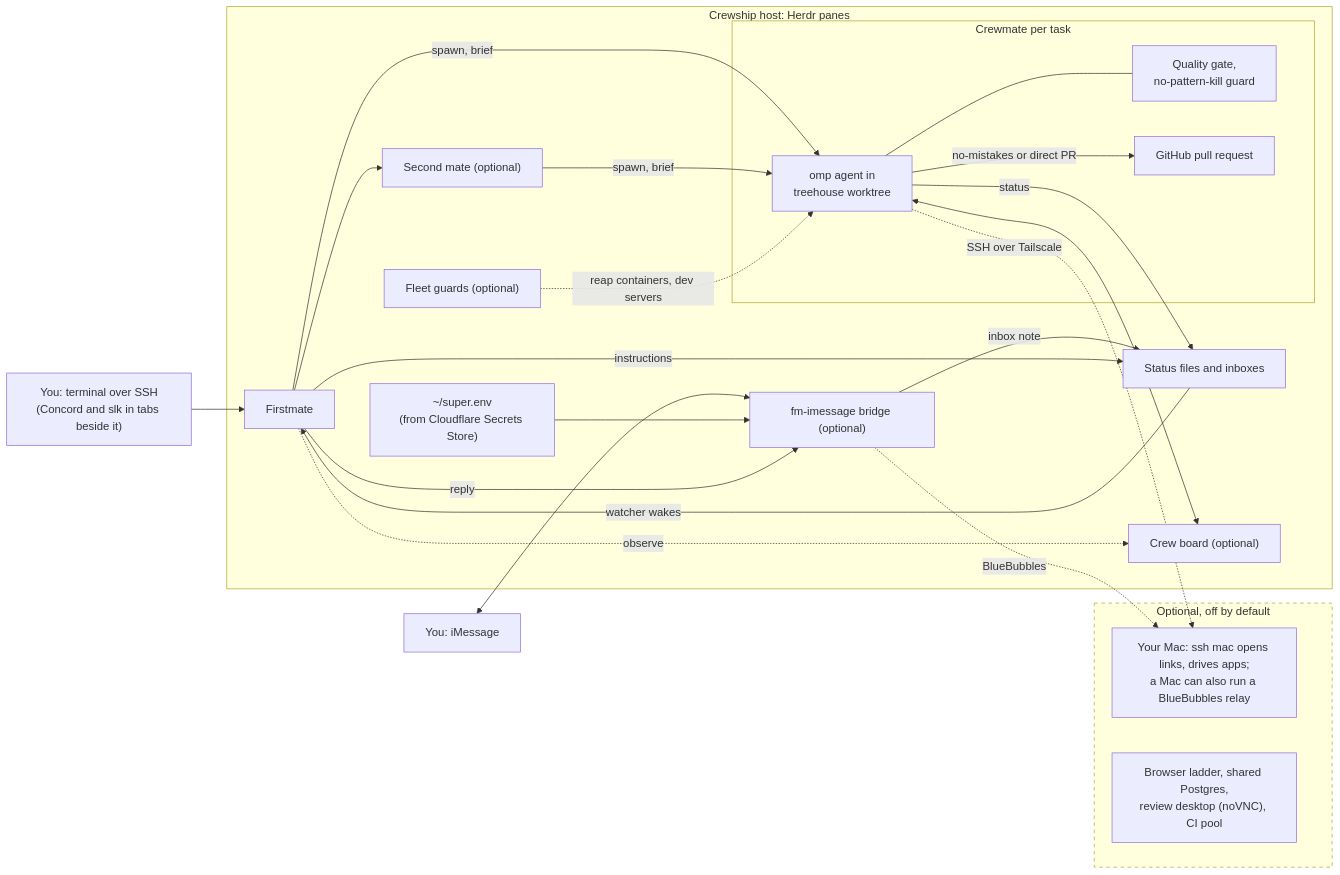
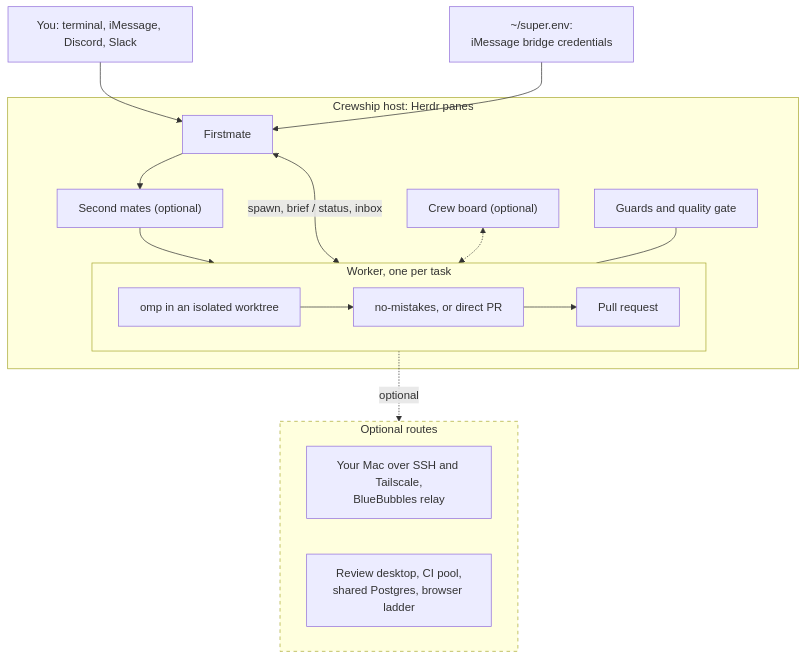
The diagram in README.md (i098/Crewship), drawn with Mermaid before and after one commit.

Commit message:
docs: simplify the How it works diagram to a layered top-down flow

````diff
--- a/README.md
+++ b/README.md
@@ -59,41 +59,28 @@
 ```mermaid
-flowchart LR
-    you["You: terminal over SSH<br/>(Concord and slk in tabs beside it)"]
-    phone["You: iMessage"]
+flowchart TD
+    you["You: terminal, iMessage, Discord, Slack"]
+    env["~/super.env:<br/>iMessage bridge credentials"]
     subgraph host["Crewship host: Herdr panes"]
         fm["Firstmate"]
-        sm["Second mate (optional)"]
-        files["Status files and inboxes"]
+        sm["Second mates (optional)"]
         board["Crew board (optional)"]
-        bridge["fm-imessage bridge (optional)"]
-        secrets["~/super.env<br/>(from Cloudflare Secrets Store)"]
-        guards["Fleet guards (optional)"]
-        subgraph crew["Crewmate per task"]
-            omp["omp agent in<br/>treehouse worktree"]
-            gate["Quality gate,<br/>no-pattern-kill guard"]
-            pr["GitHub pull request"]
+        gates["Guards and quality gate"]
+        subgraph worker["Worker, one per task"]
+            direction LR
+            omp["omp in an isolated worktree"] --> nm["no-mistakes, or direct PR"] --> pr["Pull request"]
         end
     end
+    subgraph opt["Optional routes"]
+        mac["Your Mac over SSH and Tailscale,<br/>BlueBubbles relay"]
+        more["Review desktop, CI pool,<br/>shared Postgres, browser ladder"]
+    end
     you --> fm
-    phone <--> bridge
-    secrets --> bridge
-    bridge -->|inbox note| files
-    fm -->|reply| bridge
-    fm -->|spawn, brief| omp
-    fm --> sm -->|spawn, brief| omp
-    fm -->|instructions| files
-    omp -->|status| files
-    files -->|watcher wakes| fm
-    omp <--> board
-    fm -.->|observe| board
-    omp --- gate
-    guards -.->|reap containers, dev servers| omp
-    omp -->|no-mistakes or direct PR| pr
-    subgraph opt["Optional, off by default"]
-        mac["Your Mac: ssh mac opens links, drives apps;<br/>a Mac can also run a BlueBubbles relay"]
-        more["Browser ladder, shared Postgres,<br/>review desktop (noVNC), CI pool"]
-    end
-    omp -.->|SSH over Tailscale| mac
-    bridge -.->|BlueBubbles| mac
+    env --> fm
+    fm --> sm
+    sm --> worker
+    fm <-->|spawn, brief / status, inbox| worker
+    board <-.-> worker
+    gates --- worker
+    worker -.->|optional| opt
     style opt stroke-dasharray: 5 5
 ```
````
